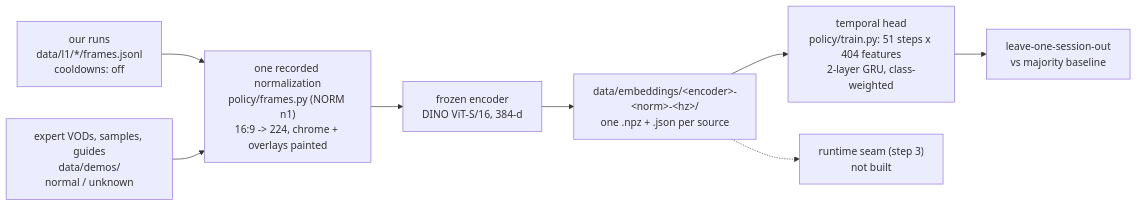
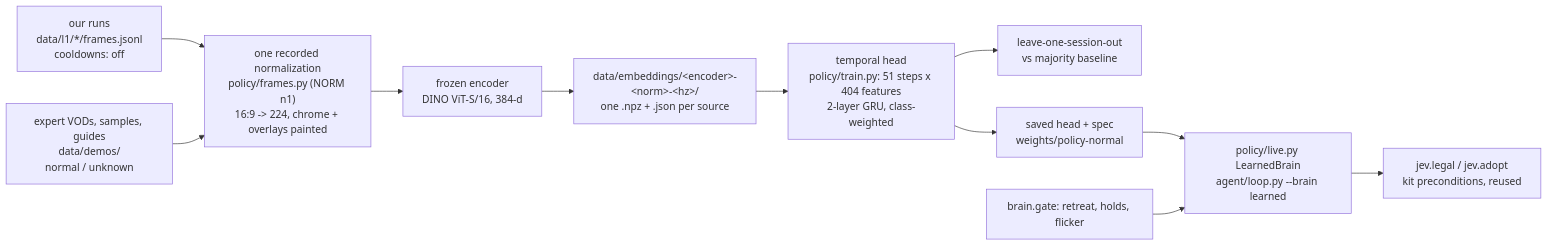
Before and after one commit to Volpestyle/rivals-agent: the diagram in docs/lanes/policy.md, drawn with Mermaid. The commit also changed other lines of this file and 6 other files, not shown here.

First line of the commit message:
Policy lane: data-pipeline review fixes, the learned-brain seam, first honest numbers on normal-cooldown runs

````diff
--- a/docs/lanes/policy.md
+++ b/docs/lanes/policy.md
@@ -24,11 +25,14 @@
 ```mermaid
 flowchart LR
   R["our runs<br/>data/l1/*/frames.jsonl<br/>cooldowns: off"] --> N
   V["expert VODs, samples, guides<br/>data/demos/<br/>normal / unknown"] --> N
   N["one recorded normalization<br/>policy/frames.py (NORM n1)<br/>16:9 -> 224, chrome + overlays painted"] --> E
   E["frozen encoder<br/>DINO ViT-S/16, 384-d"] --> C
   C["data/embeddings/&lt;encoder&gt;-&lt;norm&gt;-&lt;hz&gt;/<br/>one .npz + .json per source"]
   C --> T["temporal head<br/>policy/train.py: 51 steps x 404 features<br/>2-layer GRU, class-weighted"]
   T --> M["leave-one-session-out<br/>vs majority baseline"]
-  C -.-> P["runtime seam (step 3)<br/>not built"]
+  T --> H["saved head + spec<br/>weights/policy-normal"]
+  H --> L["policy/live.py LearnedBrain<br/>agent/loop.py --brain learned"]
+  G["brain.gate: retreat, holds, flicker"] --> L
+  L --> K["jev.legal / jev.adopt<br/>kit preconditions, reused"]
 ```
````
